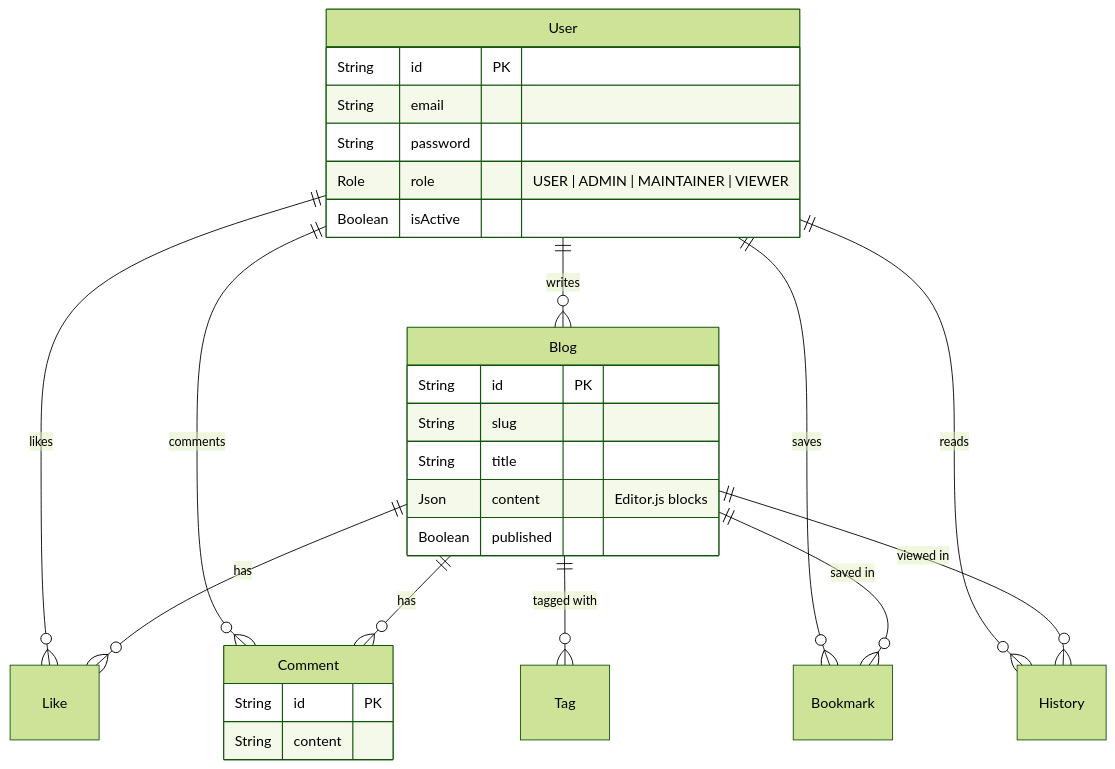
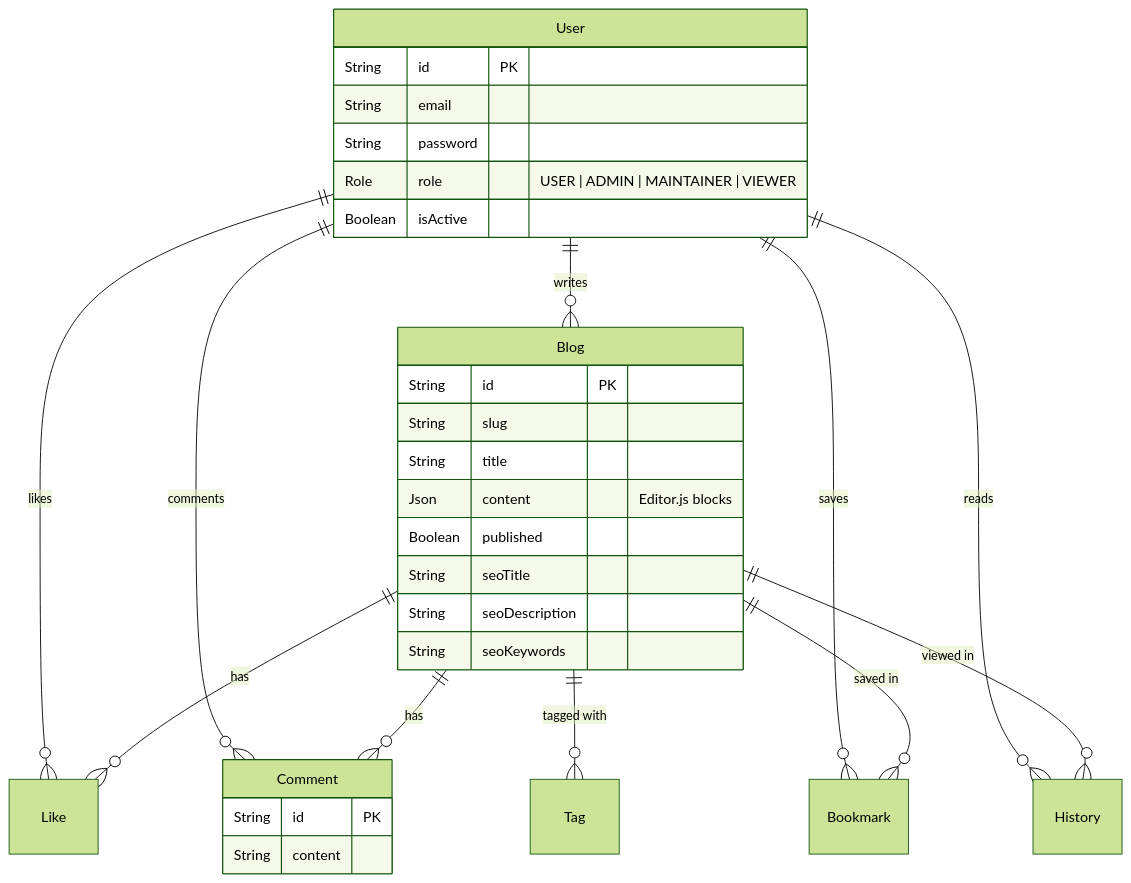
Before and after one commit to karanbothra12/lumina-stories: the second of 4 diagrams in TECHNICAL_DOCS.md, drawn with Mermaid (forest theme). The commit also changed other lines of this file and 7 other files, not shown here.

````diff
--- a/TECHNICAL_DOCS.md
+++ b/TECHNICAL_DOCS.md
@@ -34,34 +34,37 @@
 ```mermaid
 erDiagram
     User ||--o{ Blog : "writes"
     User ||--o{ Like : "likes"
     User ||--o{ Comment : "comments"
     User ||--o{ Bookmark : "saves"
     User ||--o{ History : "reads"
     Blog ||--o{ Like : "has"
     Blog ||--o{ Comment : "has"
     Blog ||--o{ Tag : "tagged with"
     Blog ||--o{ Bookmark : "saved in"
     Blog ||--o{ History : "viewed in"
 
     User {
         String id PK
         String email
         String password
         Role role "USER | ADMIN | MAINTAINER | VIEWER"
         Boolean isActive
     }
 
     Blog {
         String id PK
         String slug
         String title
         Json content "Editor.js blocks"
         Boolean published
+        String seoTitle
+        String seoDescription
+        String seoKeywords
     }
 
     Comment {
         String id PK
         String content
     }
 ```
````
